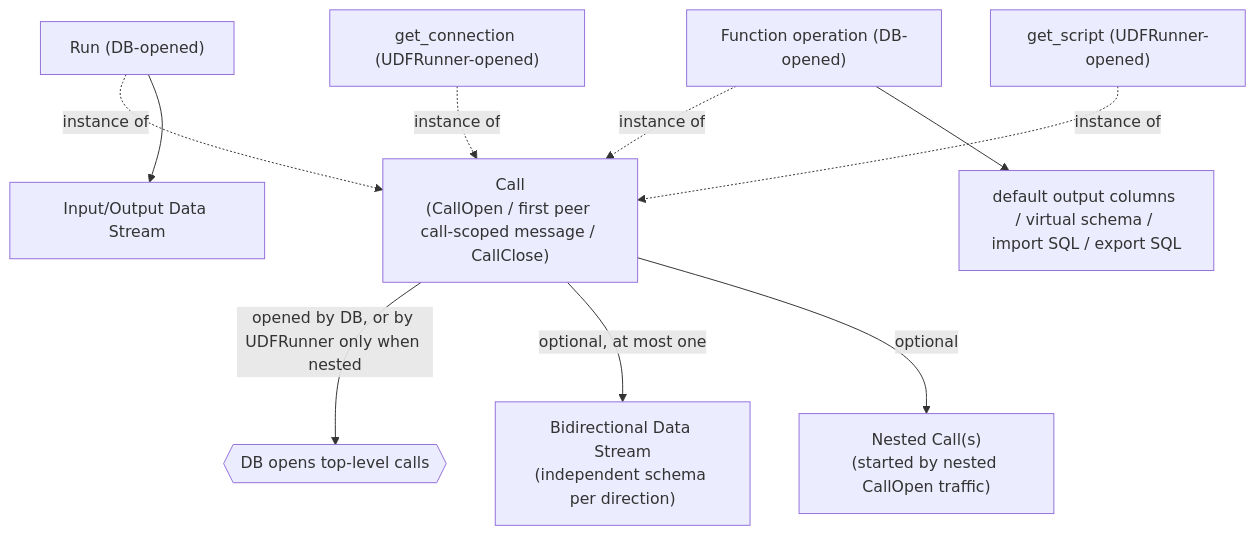
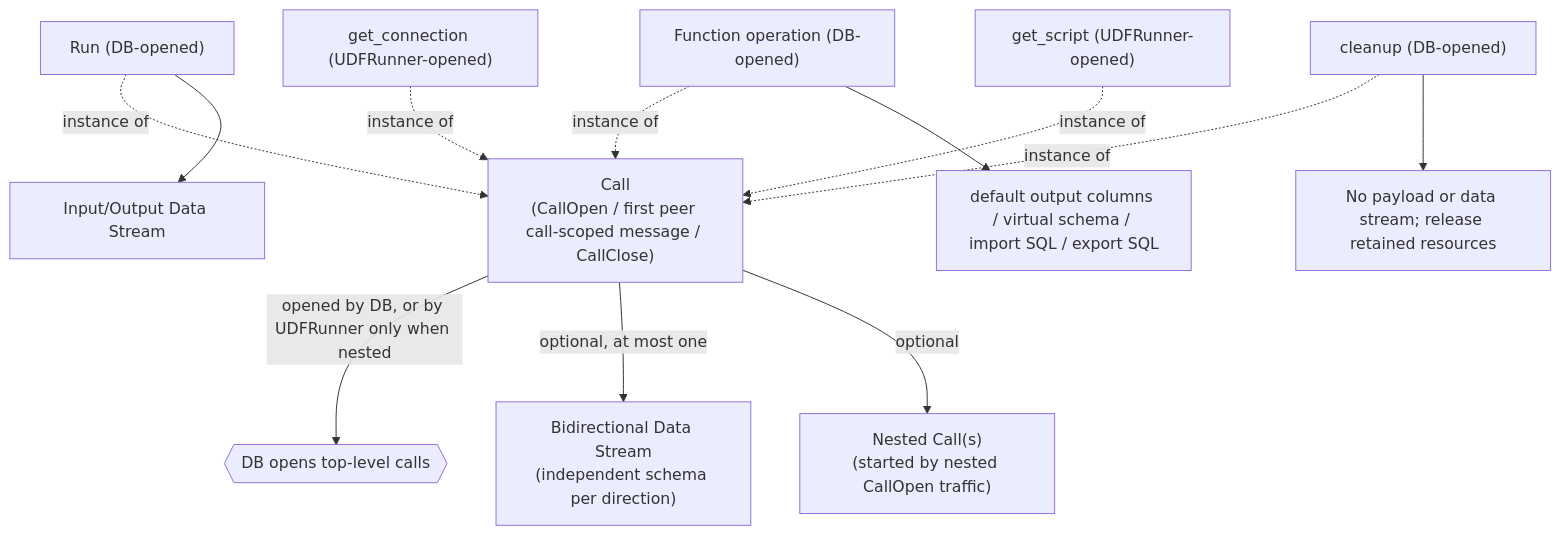
Before and after one commit to exasol/udf-runner-cpp: the diagram in doc/design/v2/protocol/high_level/call_model.mmd, drawn with Mermaid. The commit also changed 5 other files, not shown here.

Commit message:
docs: add protocol cleanup call and quiz

```diff
--- a/doc/design/v2/protocol/high_level/call_model.mmd
+++ b/doc/design/v2/protocol/high_level/call_model.mmd
@@ -1,13 +1,15 @@
 flowchart TD
     Call["Call\n(CallOpen / first peer call-scoped message / CallClose)"]
     Call -->|opened by DB, or by UDFRunner only when nested| Opener{{"DB opens top-level calls"}}
     Call -->|optional, at most one| DataStream["Bidirectional Data Stream\n(independent schema per direction)"]
     Call -->|optional| Nested["Nested Call(s)\n(started by nested CallOpen traffic)"]
 
     Run["Run (DB-opened)"] -.->|instance of| Call
     Function["Function operation (DB-opened)"] -.->|instance of| Call
+    Cleanup["cleanup (DB-opened)"] -.->|instance of| Call
     GetConnection["get_connection (UDFRunner-opened)"] -.->|instance of| Call
     GetScript["get_script (UDFRunner-opened)"] -.->|instance of| Call
 
     Run --> RunData["Input/Output Data Stream"]
     Function --> FunctionKinds["default output columns / virtual schema / import SQL / export SQL"]
+    Cleanup --> CleanupSemantics["No payload or data stream; release retained resources"]
```
